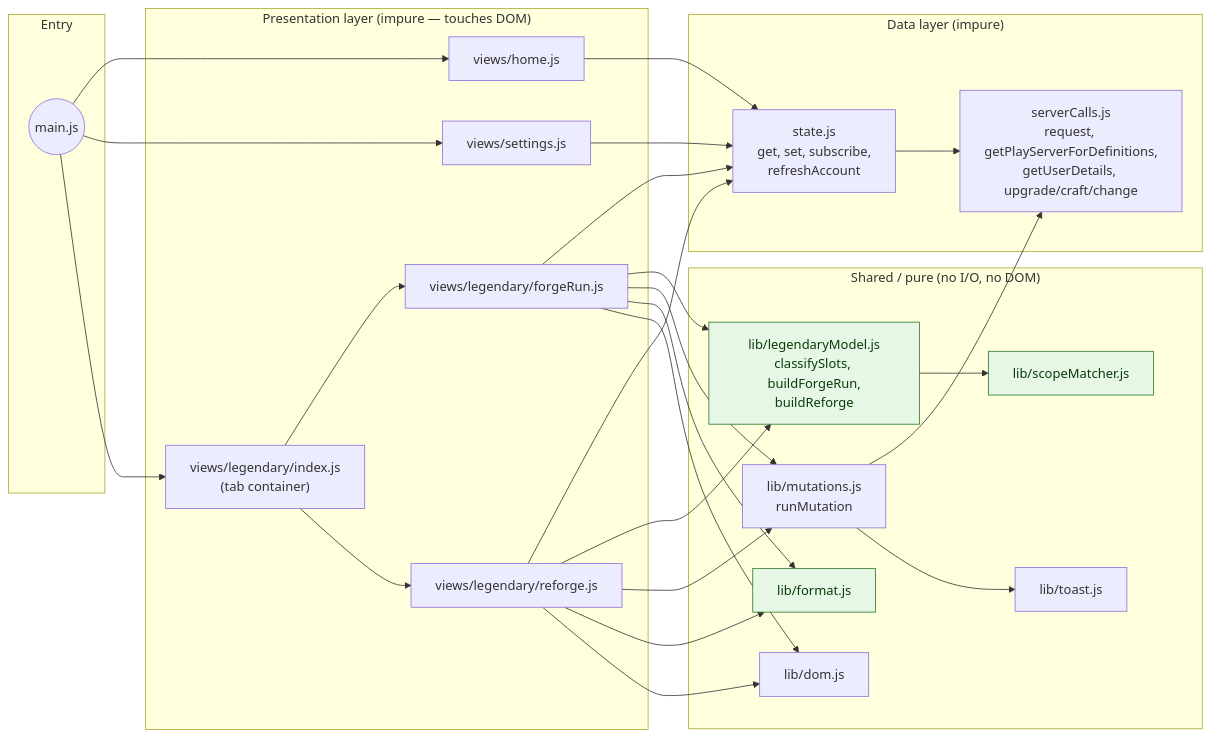
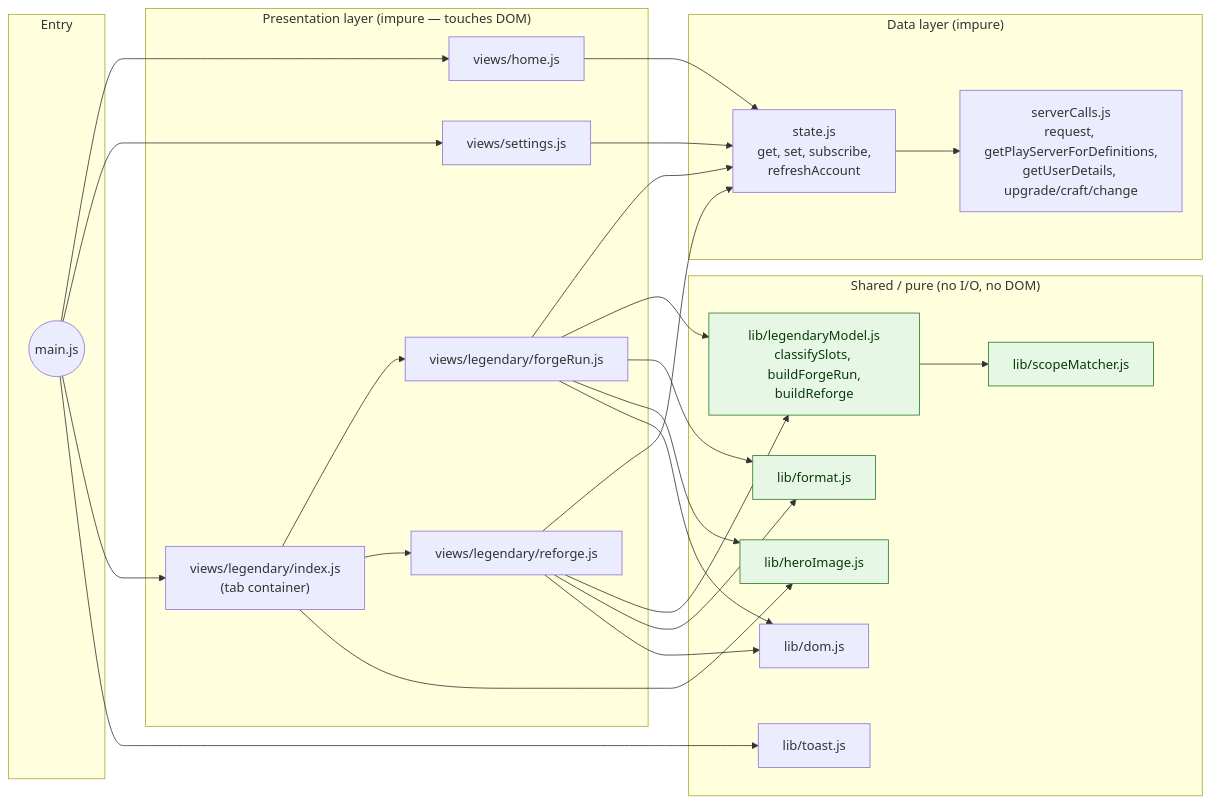
The second of 4 diagrams in docs/tech-design-legendary.md (chetanddesai/idle-champs), drawn with Mermaid before and after one commit. The commit also changed other lines of this file and 8 other files, not shown here.

First line of the commit message:
feat(legendary): hero portraits + scope V1 as read-only planner

````diff
--- a/docs/tech-design-legendary.md
+++ b/docs/tech-design-legendary.md
@@ -178,58 +180,57 @@
 ```mermaid
 flowchart LR
     subgraph Entry["Entry"]
         Main(("main.js"))
     end
 
     subgraph Data["Data layer (impure)"]
         SC["serverCalls.js<br/>request, getPlayServerForDefinitions,<br/>getUserDetails, upgrade/craft/change"]
         State["state.js<br/>get, set, subscribe,<br/>refreshAccount"]
     end
 
     subgraph Views["Presentation layer (impure — touches DOM)"]
         Home["views/home.js"]
         Settings["views/settings.js"]
         LegIndex["views/legendary/index.js<br/>(tab container)"]
         Forge["views/legendary/forgeRun.js"]
         Reforge["views/legendary/reforge.js"]
     end
 
     subgraph Pure["Shared / pure (no I/O, no DOM)"]
         Scope["lib/scopeMatcher.js"]
         Model["lib/legendaryModel.js<br/>classifySlots, buildForgeRun,<br/>buildReforge"]
         Format["lib/format.js"]
+        HeroImg["lib/heroImage.js"]
         Dom["lib/dom.js"]
-        Mut["lib/mutations.js<br/>runMutation"]
         Toast["lib/toast.js"]
     end
 
     Main --> Home
     Main --> Settings
     Main --> LegIndex
     LegIndex --> Forge
     LegIndex --> Reforge
 
     Home --> State
     Settings --> State
     Forge --> State
     Reforge --> State
 
     Forge --> Model
     Reforge --> Model
     Model --> Scope
 
-    Forge --> Mut
-    Reforge --> Mut
-    Mut --> SC
-    Mut --> Toast
+    Main --> Toast
 
     State --> SC
 
     Forge --> Format
     Reforge --> Format
+    Forge --> HeroImg
+    LegIndex --> HeroImg
     Forge --> Dom
     Reforge --> Dom
 
     classDef pure fill:#e6f7e6,stroke:#2a7a2a,color:#0a3a0a
-    class Scope,Model,Format pure
+    class Scope,Model,Format,HeroImg pure
 ```
````
